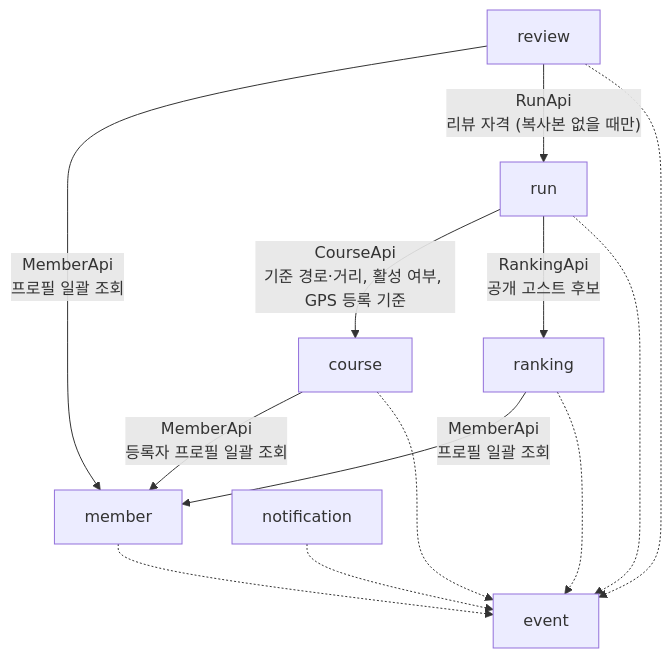
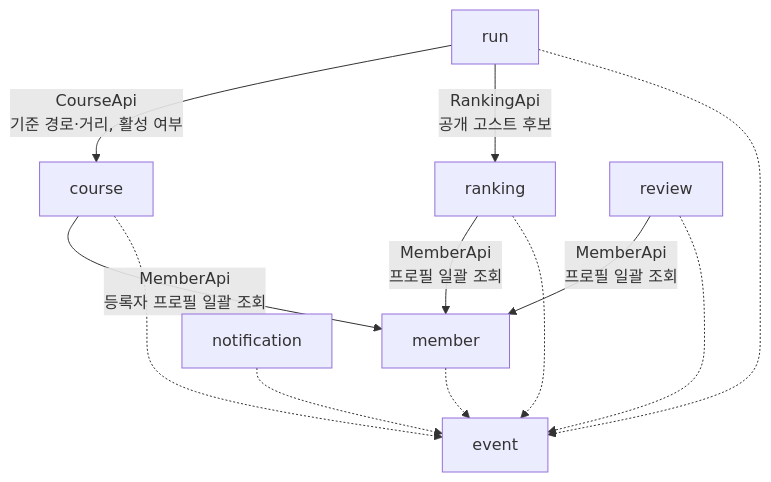
One commit to SunMoonUniv/WADADAK changed the second of 4 diagrams in 개발 정책 v3.md. Above: the diagram before and after it, drawn with Mermaid. The commit also changed other lines of this file and 20 other files, not shown here.

````diff
--- a/개발 정책 v3.md
+++ b/개발 정책 v3.md
@@ -308,16 +308,15 @@
 ```mermaid
 flowchart TD
-    run -->|"CourseApi<br/>기준 경로·거리, 활성 여부, GPS 등록 기준"| course
+    run -->|"CourseApi<br/>기준 경로·거리, 활성 여부"| course
     run -->|"RankingApi<br/>공개 고스트 후보"| ranking
     ranking -->|"MemberApi<br/>프로필 일괄 조회"| member
     review -->|"MemberApi<br/>프로필 일괄 조회"| member
     course -->|"MemberApi<br/>등록자 프로필 일괄 조회"| member
-    review -->|"RunApi<br/>리뷰 자격 (복사본 없을 때만)"| run
 
     member -.-> event
     course -.-> event
     run -.-> event
     ranking -.-> event
     review -.-> event
     notification -.-> event
 ```
````
